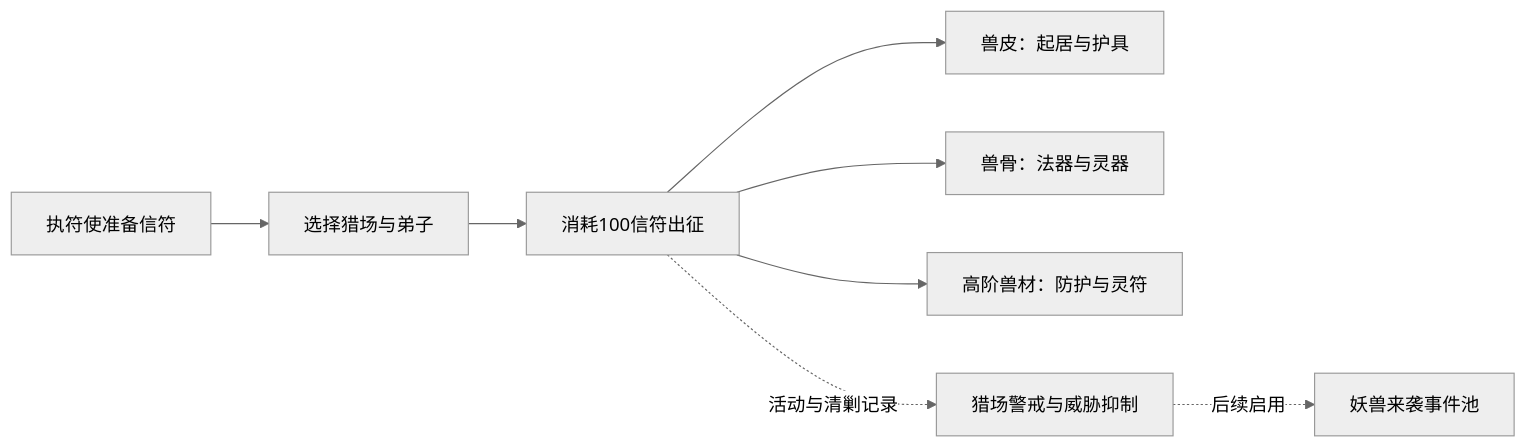
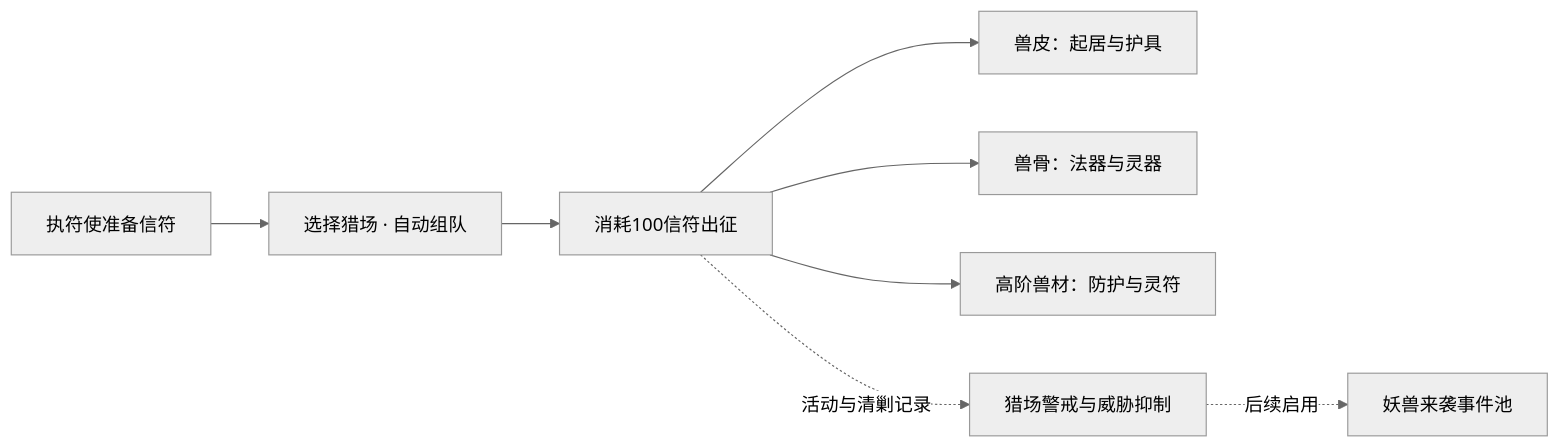
The diagram in docs/BEAST-SYSTEM.md (YangGP/Slack-Off-Sect), drawn with Mermaid (neutral theme) before and after one commit. The commit also changed other lines of this file and 14 other files, not shown here.

````diff
--- a/docs/BEAST-SYSTEM.md
+++ b/docs/BEAST-SYSTEM.md
@@ -15,10 +15,10 @@
 ```mermaid
 flowchart LR
-    A[执符使准备信符] --> B[选择猎场与弟子]
+    A[执符使准备信符] --> B[选择猎场 · 自动组队]
     B --> C[消耗100信符出征]
     C --> D[兽皮：起居与护具]
     C --> E[兽骨：法器与灵器]
     C --> F[高阶兽材：防护与灵符]
     C -. 活动与清剿记录 .-> G[猎场警戒与威胁抑制]
     G -. 后续启用 .-> H[妖兽来袭事件池]
 ```
````
